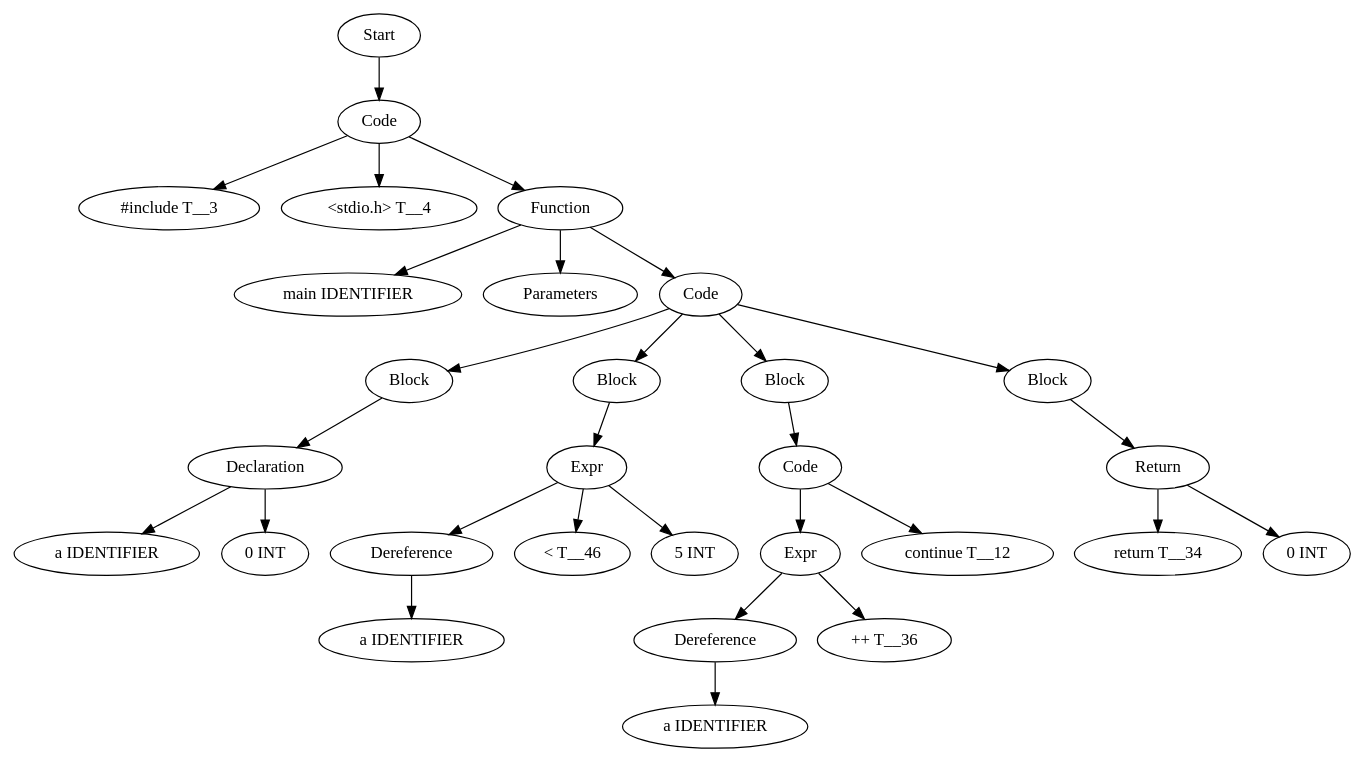
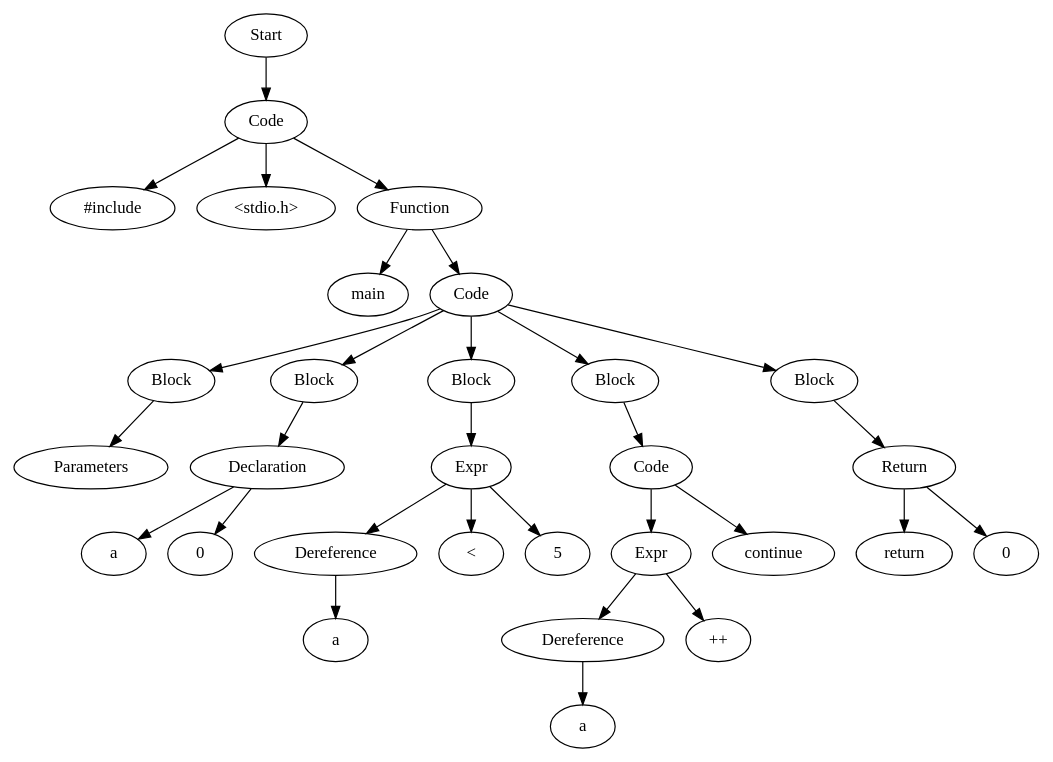
One commit to Are-you-listening/Compilers changed the diagram in TestCases/ASTTests/DeadCodeRemoveTests/createTests/read_file_after.dot. Above: the diagram before and after it, drawn with Graphviz. The commit also changed 51 other files, not shown here.

```diff
--- a/TestCases/ASTTests/DeadCodeRemoveTests/createTests/read_file_after.dot
+++ b/TestCases/ASTTests/DeadCodeRemoveTests/createTests/read_file_after.dot
@@ -1,59 +1,61 @@
 digraph AST {
-  "129183210526064" [label="Start"];
-  "129183210526064" -> "129183210618784";
-  "129183210618784" [label="Code"];
-  "129183210618784" -> "129183210618688";
-  "129183210618784" -> "129183210618256";
-  "129183210618784" -> "129183210617872";
-  "129183210618688" [label="#include T__3"];
-  "129183210618256" [label="<stdio.h> T__4"];
-  "129183210617872" [label="Function"];
-  "129183210617872" -> "129183210617968";
-  "129183210617872" -> "129183210617920";
-  "129183210617872" -> "129183210617680";
-  "129183210617968" [label="main IDENTIFIER"];
-  "129183210617920" [label="Parameters"];
-  "129183210617680" [label="Code"];
-  "129183210617680" -> "129183210618832";
-  "129183210617680" -> "129183210616720";
-  "129183210617680" -> "129183210616192";
-  "129183210617680" -> "129183210612400";
-  "129183210618832" [label="Block"];
-  "129183210618832" -> "129183210617632";
-  "129183210617632" [label="Declaration"];
-  "129183210617632" -> "129183210618544";
-  "129183210617632" -> "129183210618592";
-  "129183210618544" [label="a IDENTIFIER"];
-  "129183210618592" [label="0 INT"];
-  "129183210616720" [label="Block"];
-  "129183210616720" -> "129183210618496";
-  "129183210618496" [label="Expr"];
-  "129183210618496" -> "129183210617536";
-  "129183210618496" -> "129183210618160";
-  "129183210618496" -> "129183210615664";
-  "129183210617536" [label="Dereference"];
-  "129183210617536" -> "129183210605584";
-  "129183210605584" [label="a IDENTIFIER"];
-  "129183210618160" [label="< T__46"];
-  "129183210615664" [label="5 INT"];
-  "129183210616192" [label="Block"];
-  "129183210616192" -> "129183210603376";
-  "129183210603376" [label="Code"];
-  "129183210603376" -> "129183210609472";
-  "129183210603376" -> "129183210608608";
-  "129183210609472" [label="Expr"];
-  "129183210609472" -> "129183210607648";
-  "129183210609472" -> "129183210612304";
-  "129183210607648" [label="Dereference"];
-  "129183210607648" -> "129183210612160";
-  "129183210612160" [label="a IDENTIFIER"];
-  "129183210612304" [label="++ T__36"];
-  "129183210608608" [label="continue T__12"];
-  "129183210612400" [label="Block"];
-  "129183210612400" -> "129183210612256";
-  "129183210612256" [label="Return"];
-  "129183210612256" -> "129183210614656";
-  "129183210612256" -> "129183210615040";
-  "129183210614656" [label="return T__34"];
-  "129183210615040" [label="0 INT"];
+  "131474353639136" [label="Start"];
+  "131474353639136" -> "131474353640480";
+  "131474353640480" [label="Code"];
+  "131474353640480" -> "131474353651568";
+  "131474353640480" -> "131474353651136";
+  "131474353640480" -> "131474353640624";
+  "131474353651568" [label="#include"];
+  "131474353651136" [label="<stdio.h>"];
+  "131474353640624" [label="Function"];
+  "131474353640624" -> "131474353647824";
+  "131474353640624" -> "131474353640864";
+  "131474353647824" [label="main"];
+  "131474353640864" [label="Code"];
+  "131474353640864" -> "131474353649600";
+  "131474353640864" -> "131474353651424";
+  "131474353640864" -> "131474353638848";
+  "131474353640864" -> "131474353965808";
+  "131474353640864" -> "131474353963072";
+  "131474353649600" [label="Block"];
+  "131474353649600" -> "131474353649504";
+  "131474353649504" [label="Parameters"];
+  "131474353651424" [label="Block"];
+  "131474353651424" -> "131474353650752";
+  "131474353650752" [label="Declaration"];
+  "131474353650752" -> "131474353636976";
+  "131474353650752" -> "131474353643600";
+  "131474353636976" [label="a"];
+  "131474353643600" [label="0"];
+  "131474353638848" [label="Block"];
+  "131474353638848" -> "131474353640384";
+  "131474353640384" [label="Expr"];
+  "131474353640384" -> "131474353640960";
+  "131474353640384" -> "131474353650560";
+  "131474353640384" -> "131474353965760";
+  "131474353640960" [label="Dereference"];
+  "131474353640960" -> "131474353635872";
+  "131474353635872" [label="a"];
+  "131474353650560" [label="<"];
+  "131474353965760" [label="5"];
+  "131474353965808" [label="Block"];
+  "131474353965808" -> "131474353964704";
+  "131474353964704" [label="Code"];
+  "131474353964704" -> "131474353964608";
+  "131474353964704" -> "131474353963648";
+  "131474353964608" [label="Expr"];
+  "131474353964608" -> "131474353963696";
+  "131474353964608" -> "131474353963552";
+  "131474353963696" [label="Dereference"];
+  "131474353963696" -> "131474353963600";
+  "131474353963600" [label="a"];
+  "131474353963552" [label="++"];
+  "131474353963648" [label="continue"];
+  "131474353963072" [label="Block"];
+  "131474353963072" -> "131474353964896";
+  "131474353964896" [label="Return"];
+  "131474353964896" -> "131474353964800";
+  "131474353964896" -> "131474353964848";
+  "131474353964800" [label="return"];
+  "131474353964848" [label="0"];
 }
```
